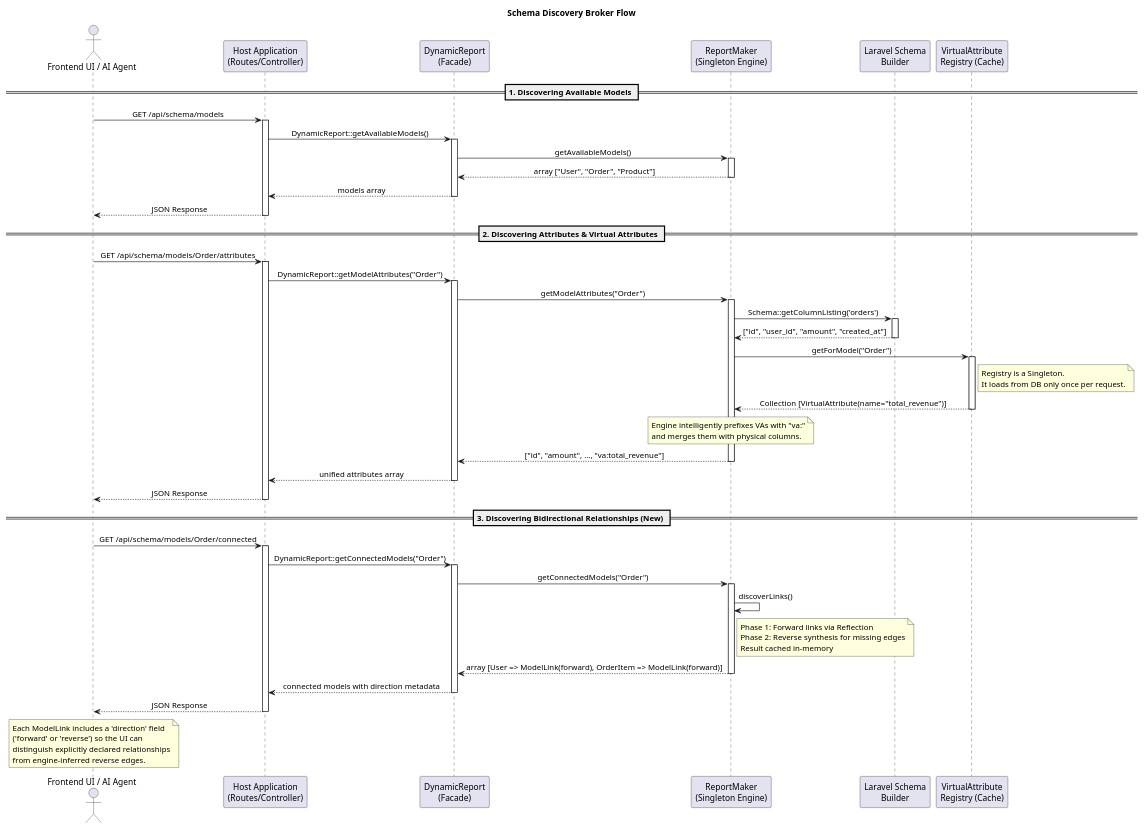
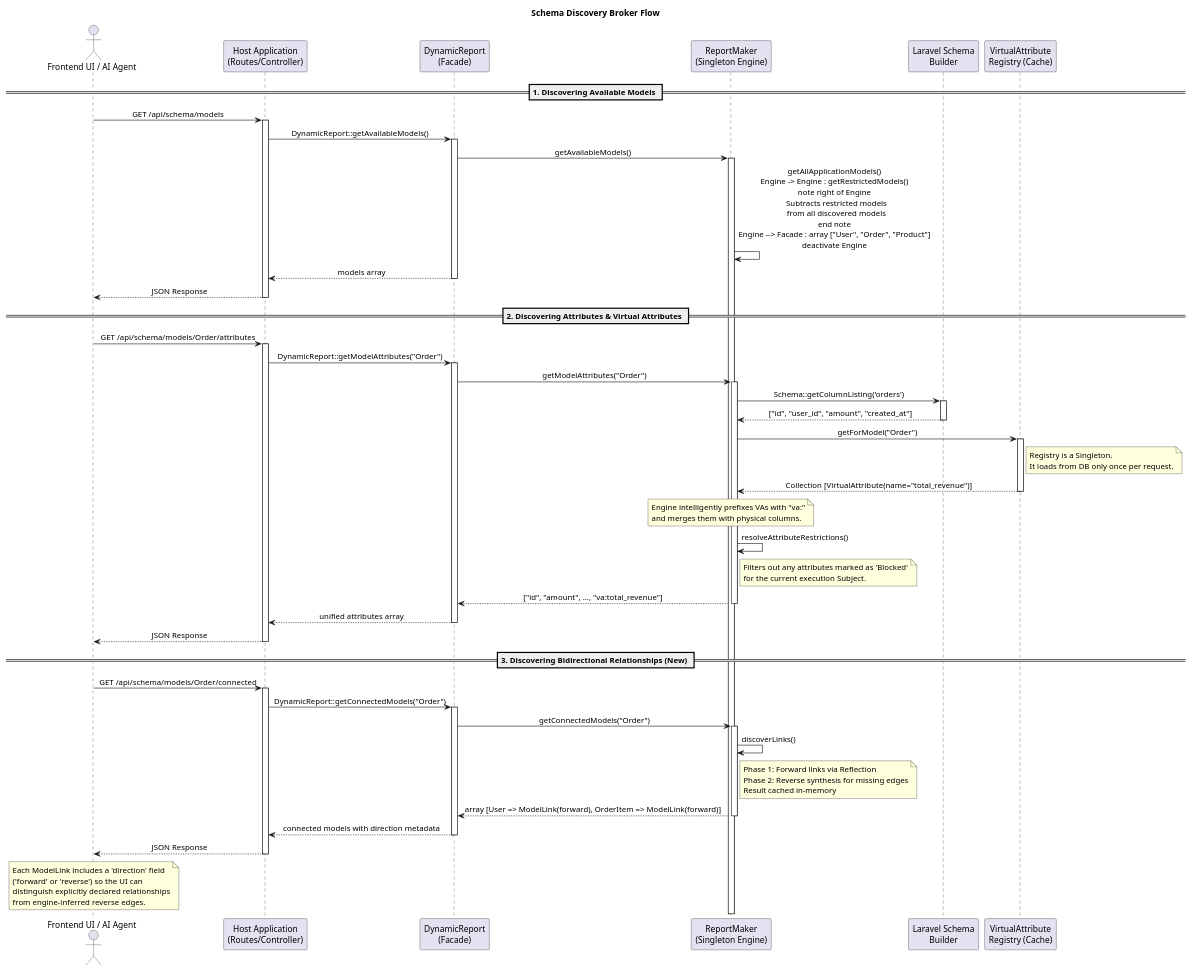
The diagram in doc/diagrams/05_schema_discovery_flow.puml (nisalatp/DynamicReportGenerator-Public), drawn with PlantUML before and after one commit. The commit also changed 18 other files, not shown here.

```diff
--- a/doc/diagrams/05_schema_discovery_flow.puml
+++ b/doc/diagrams/05_schema_discovery_flow.puml
@@ -1,110 +1,115 @@
 @startuml 05_schema_discovery_flow
 
 skinparam backgroundColor #FFFFFF
 skinparam handwritten false
 skinparam monochrome false
 skinparam sequenceMessageAlign center
 
 actor "Frontend UI / AI Agent" as UI
 participant "Host Application\n(Routes/Controller)" as Controller
 participant "DynamicReport\n(Facade)" as Facade
 participant "ReportMaker\n(Singleton Engine)" as Engine
 participant "Laravel Schema\nBuilder" as DB
 participant "VirtualAttribute\nRegistry (Cache)" as VA
 
 title Schema Discovery Broker Flow
 
 == 1. Discovering Available Models ==
 
 UI -> Controller : GET /api/schema/models
 activate Controller
 
 Controller -> Facade : DynamicReport::getAvailableModels()
 activate Facade
 
 Facade -> Engine : getAvailableModels()
 activate Engine
 
-Engine --> Facade : array ["User", "Order", "Product"]
-deactivate Engine
+Engine -> Engine : getAllApplicationModels()\nEngine -> Engine : getRestrictedModels()\nnote right of Engine\n  Subtracts restricted models\n  from all discovered models\nend note\nEngine --> Facade : array ["User", "Order", "Product"]\ndeactivate Engine
 
 Facade --> Controller : models array
 deactivate Facade
 
 Controller --> UI : JSON Response
 deactivate Controller
 
 == 2. Discovering Attributes & Virtual Attributes ==
 
 UI -> Controller : GET /api/schema/models/Order/attributes
 activate Controller
 
 Controller -> Facade : DynamicReport::getModelAttributes("Order")
 activate Facade
 
 Facade -> Engine : getModelAttributes("Order")
 activate Engine
 
 Engine -> DB : Schema::getColumnListing('orders')
 activate DB
 DB --> Engine : ["id", "user_id", "amount", "created_at"]
 deactivate DB
 
 Engine -> VA : getForModel("Order")
 activate VA
 note right of VA
   Registry is a Singleton. 
   It loads from DB only once per request.
 end note
 VA --> Engine : Collection [VirtualAttribute(name="total_revenue")]
 deactivate VA
 
 note over Engine
   Engine intelligently prefixes VAs with "va:"
   and merges them with physical columns.
+end note
+
+Engine -> Engine : resolveAttributeRestrictions()
+note right of Engine
+  Filters out any attributes marked as 'Blocked'
+  for the current execution Subject.
 end note
 
 Engine --> Facade : ["id", "amount", ..., "va:total_revenue"]
 deactivate Engine
 
 Facade --> Controller : unified attributes array
 deactivate Facade
 
 Controller --> UI : JSON Response
 deactivate Controller
 
 == 3. Discovering Bidirectional Relationships (New) ==
 
 UI -> Controller : GET /api/schema/models/Order/connected
 activate Controller
 
 Controller -> Facade : DynamicReport::getConnectedModels("Order")
 activate Facade
 
 Facade -> Engine : getConnectedModels("Order")
 activate Engine
 
 Engine -> Engine : discoverLinks()
 note right of Engine
   Phase 1: Forward links via Reflection
   Phase 2: Reverse synthesis for missing edges
   Result cached in-memory
 end note
 
 Engine --> Facade : array [User => ModelLink(forward), OrderItem => ModelLink(forward)]
 deactivate Engine
 
 Facade --> Controller : connected models with direction metadata
 deactivate Facade
 
 Controller --> UI : JSON Response
 deactivate Controller
 
 note over UI
   Each ModelLink includes a 'direction' field
   ('forward' or 'reverse') so the UI can
   distinguish explicitly declared relationships
   from engine-inferred reverse edges.
 end note
 
 @enduml
```
